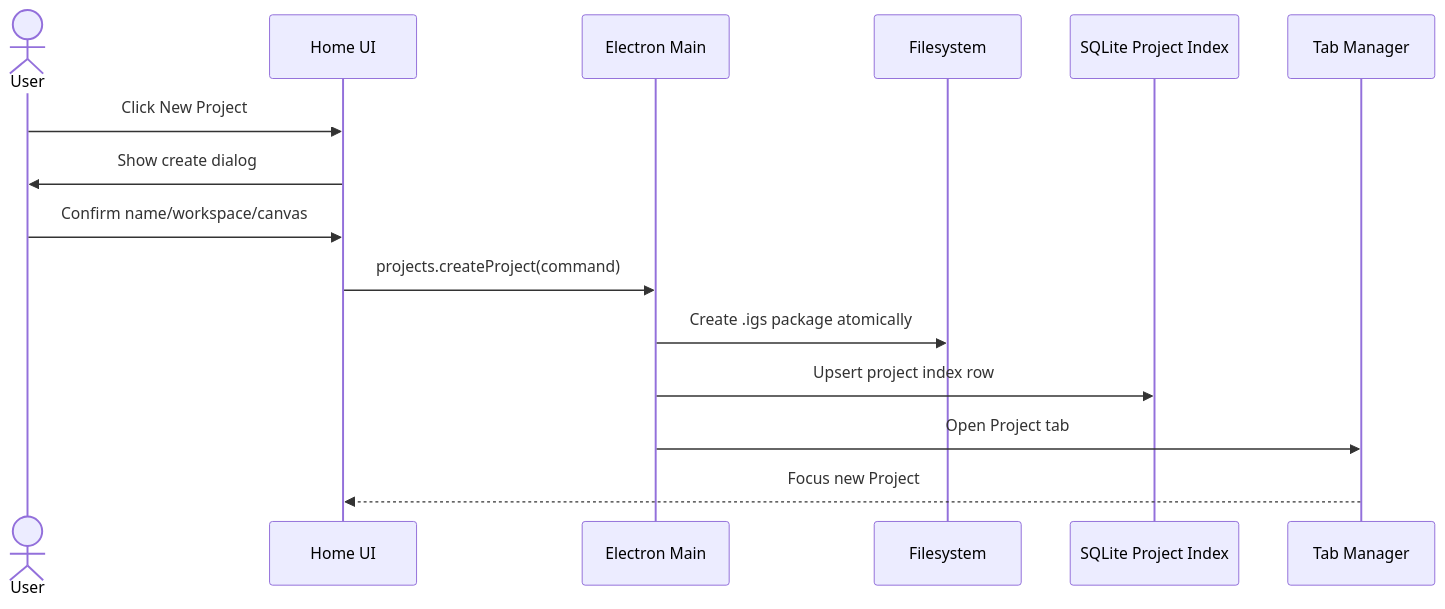
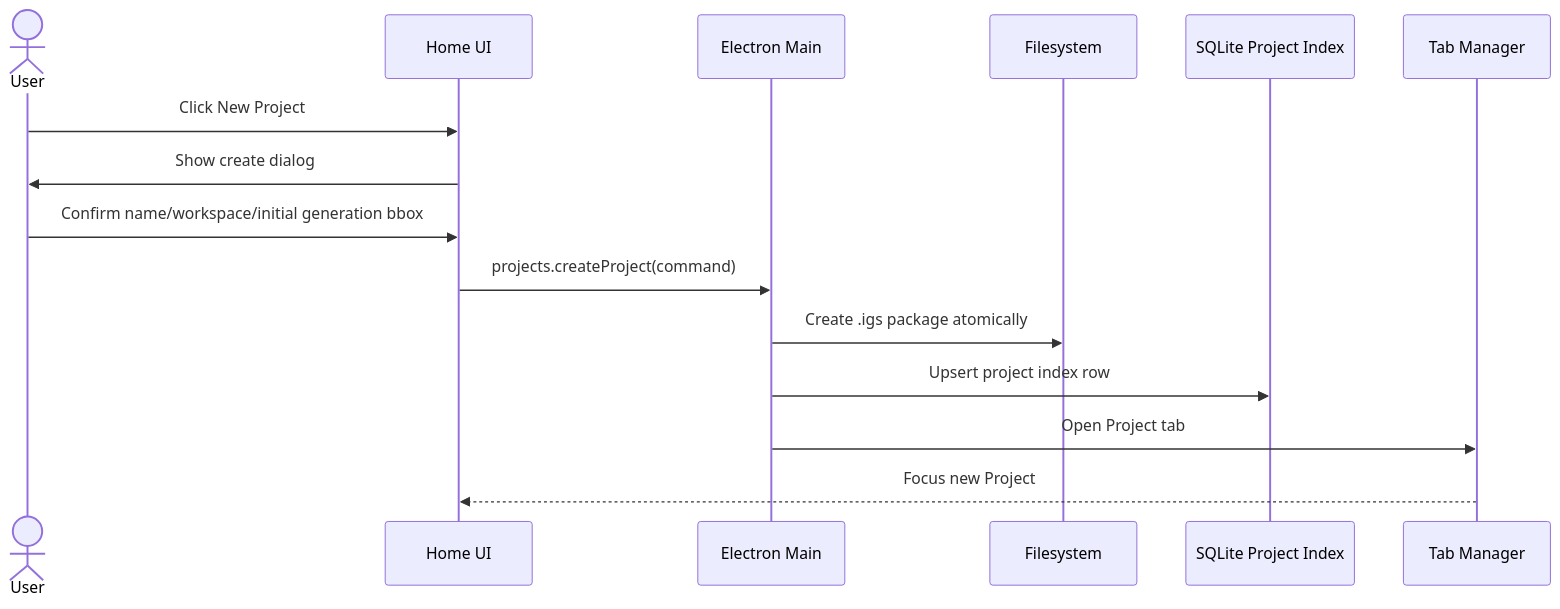
Before and after one commit to BMFreed/imagegen-studio: the third of 6 diagrams in docs/features/home-screen.md, drawn with Mermaid. The commit also changed other lines of this file and 58 other files, not shown here.

````diff
--- a/docs/features/home-screen.md
+++ b/docs/features/home-screen.md
@@ -336,18 +338,18 @@
 ```mermaid
 sequenceDiagram
   actor User
   participant UI as Home UI
   participant Main as Electron Main
   participant FS as Filesystem
   participant DB as SQLite Project Index
   participant Tabs as Tab Manager
 
   User->>UI: Click New Project
   UI->>User: Show create dialog
-  User->>UI: Confirm name/workspace/canvas
+  User->>UI: Confirm name/workspace/initial generation bbox
   UI->>Main: projects.createProject(command)
   Main->>FS: Create .igs package atomically
   Main->>DB: Upsert project index row
   Main->>Tabs: Open Project tab
   Tabs-->>UI: Focus new Project
 ```
````
